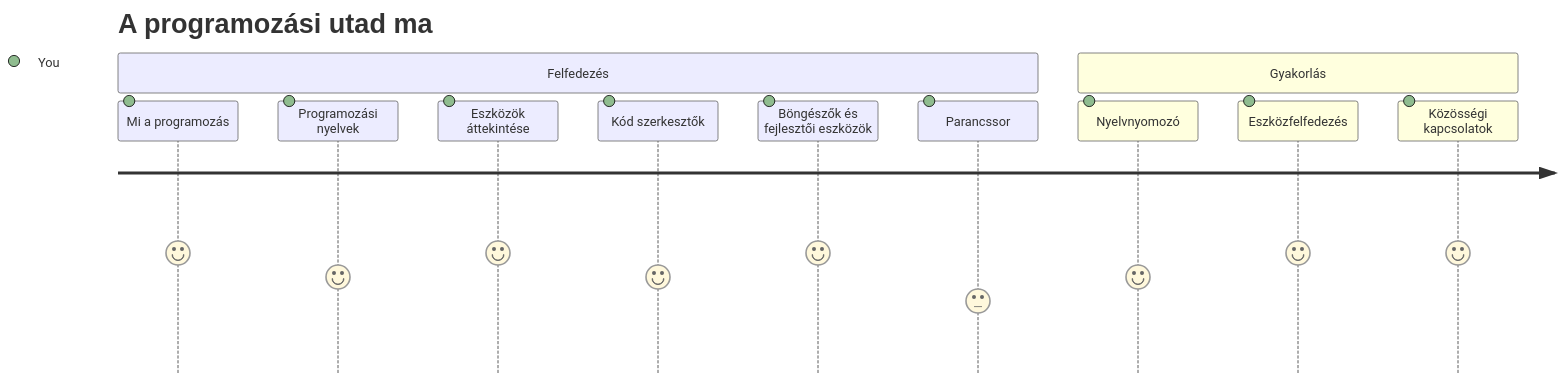
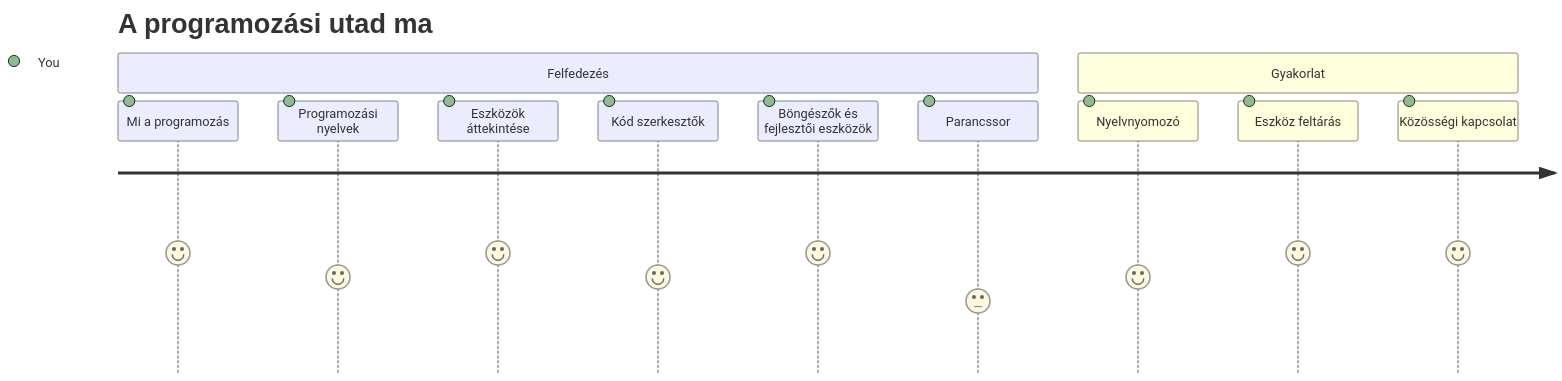
The first of 7 diagrams in translations/hu/1-getting-started-lessons/1-intro-to-programming-languages/README.md (microsoft/Web-Dev-For-Beginners), drawn with Mermaid before and after one commit. The commit also changed other lines of this file and 11 other files, not shown here.

````diff
--- a/translations/hu/1-getting-started-lessons/1-intro-to-programming-languages/README.md
+++ b/translations/hu/1-getting-started-lessons/1-intro-to-programming-languages/README.md
@@ -14,16 +14,16 @@
 ```mermaid
 journey
     title A programozási utad ma
     section Felfedezés
       Mi a programozás: 5: You
       Programozási nyelvek: 4: You
       Eszközök áttekintése: 5: You
     section Felfedezés
       Kód szerkesztők: 4: You
       Böngészők és fejlesztői eszközök: 5: You
       Parancssor: 3: You
-    section Gyakorlás
+    section Gyakorlat
       Nyelvnyomozó: 4: You
-      Eszközfelfedezés: 5: You
-      Közösségi kapcsolatok: 5: You
+      Eszköz feltárás: 5: You
+      Közösségi kapcsolat: 5: You
 ```
````
